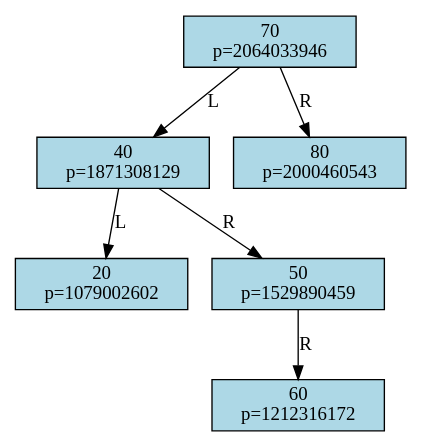
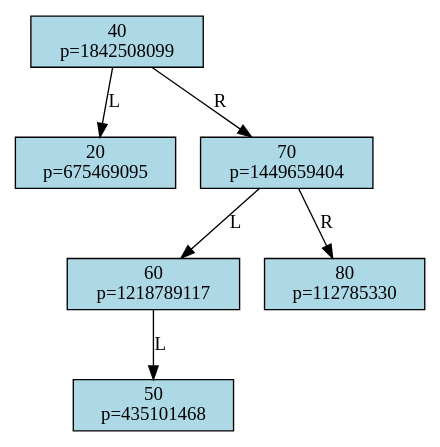
The diagram in output/dots/treap/estado_final.dot (rafa16w34/Trabalho1-AEDS2), drawn with Graphviz before and after one commit. The commit also changed 18 other files, not shown here.

```diff
--- a/output/dots/treap/estado_final.dot
+++ b/output/dots/treap/estado_final.dot
@@ -1,14 +1,14 @@
 digraph TreapTree {
     node [shape=record, style=filled, fillcolor=lightblue];
-    node0x5f27b2dd6d60 [label="70\np=2064033946"];
-    node0x5f27b2dd6d60 -> node0x5f27b2dd6bd0 [label="L"];
-    node0x5f27b2dd6bd0 [label="40\np=1871308129"];
-    node0x5f27b2dd6bd0 -> node0x5f27b2dd6c70 [label="L"];
-    node0x5f27b2dd6c70 [label="20\np=1079002602"];
-    node0x5f27b2dd6bd0 -> node0x5f27b2dd6cc0 [label="R"];
-    node0x5f27b2dd6cc0 [label="50\np=1529890459"];
-    node0x5f27b2dd6cc0 -> node0x5f27b2dd4840 [label="R"];
-    node0x5f27b2dd4840 [label="60\np=1212316172"];
-    node0x5f27b2dd6d60 -> node0x5f27b2dd93f0 [label="R"];
-    node0x5f27b2dd93f0 [label="80\np=2000460543"];
+    node0x562a82bd0bd0 [label="40\np=1842508099"];
+    node0x562a82bd0bd0 -> node0x562a82bd0c70 [label="L"];
+    node0x562a82bd0c70 [label="20\np=675469095"];
+    node0x562a82bd0bd0 -> node0x562a82bd0d60 [label="R"];
+    node0x562a82bd0d60 [label="70\np=1449659404"];
+    node0x562a82bd0d60 -> node0x562a82bce840 [label="L"];
+    node0x562a82bce840 [label="60\np=1218789117"];
+    node0x562a82bce840 -> node0x562a82bd0cc0 [label="L"];
+    node0x562a82bd0cc0 [label="50\np=435101468"];
+    node0x562a82bd0d60 -> node0x562a82bd33f0 [label="R"];
+    node0x562a82bd33f0 [label="80\np=112785330"];
 }
```
